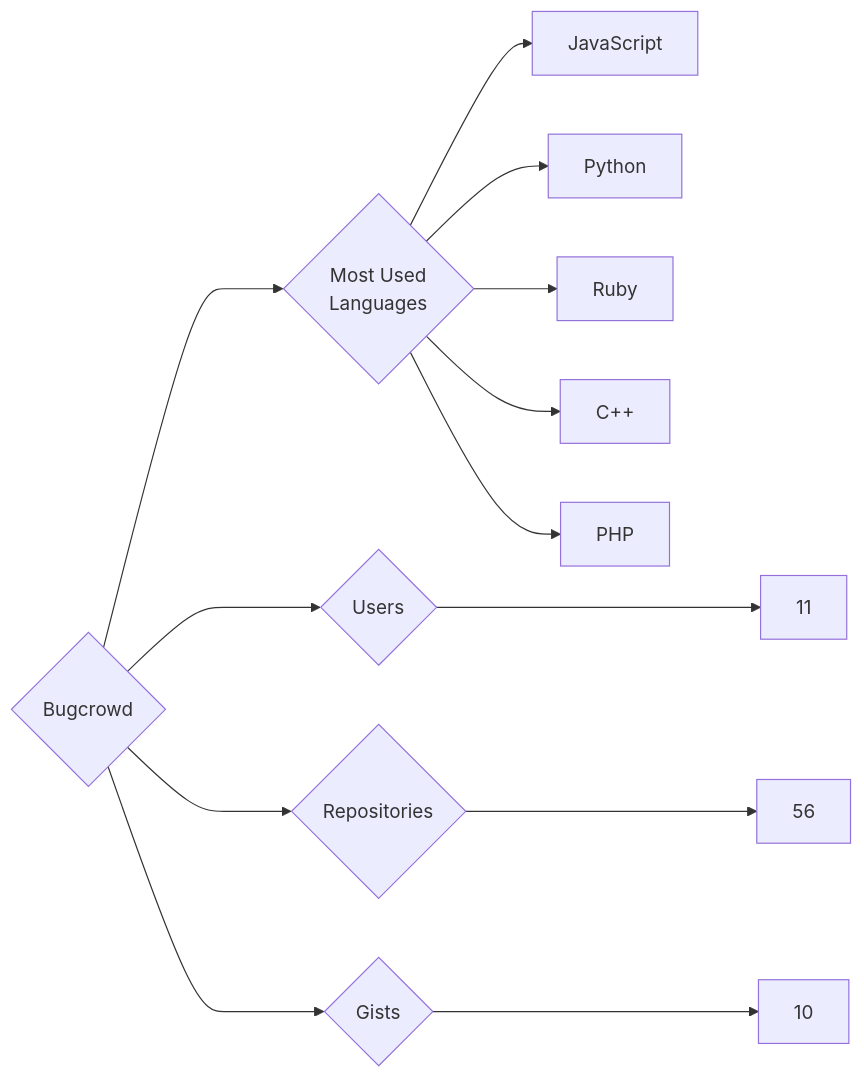
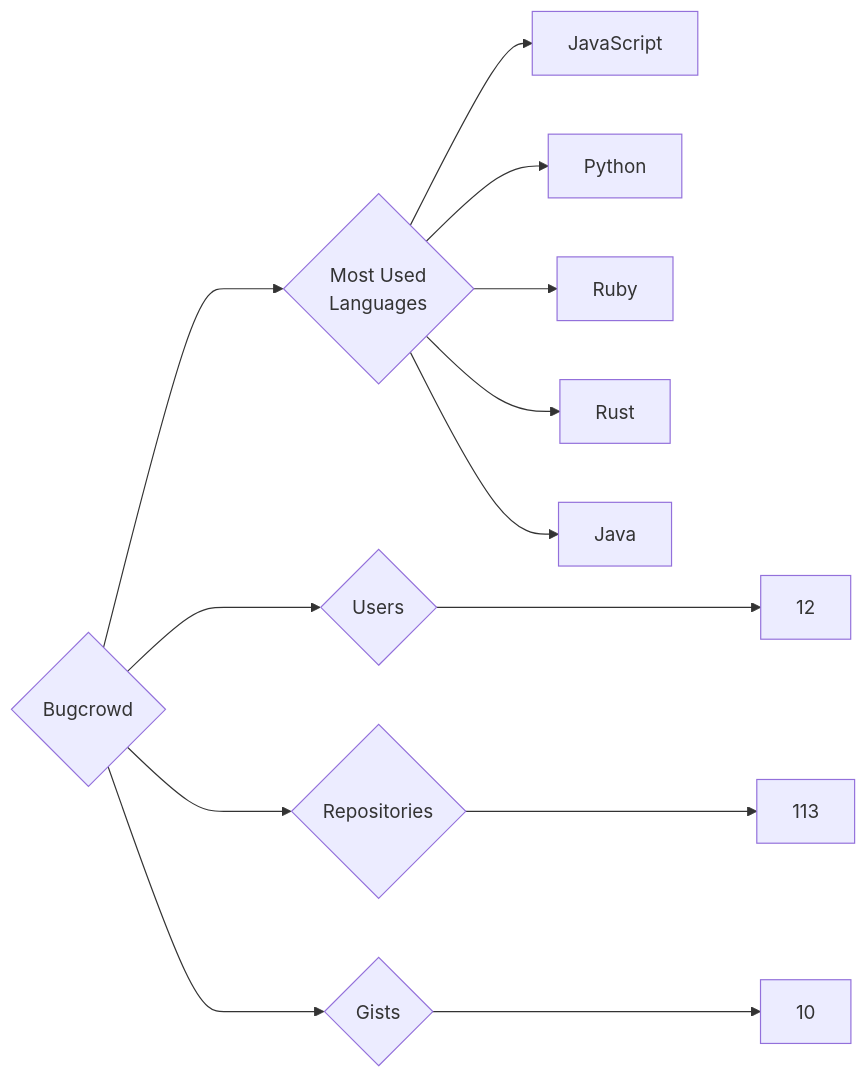
The diagram in targets/Bugcrowd/README.md (trickest/insiders), drawn with Mermaid before and after one commit. The commit also changed 1120 other files, not shown here.

````diff
--- a/targets/Bugcrowd/README.md
+++ b/targets/Bugcrowd/README.md
@@ -3,13 +3,13 @@
 ```mermaid
 graph LR
 COMPANY_NAME{Bugcrowd}
-COMPANY_NAME ---> U{Users} ---> UN[11]
-COMPANY_NAME ---> R{Repositories} ---> RN[56]
+COMPANY_NAME ---> U{Users} ---> UN[12]
+COMPANY_NAME ---> R{Repositories} ---> RN[113]
 COMPANY_NAME ---> G{Gists} ---> GN[10]
 COMPANY_NAME ---> ML{Most Used<br>Languages}
 ML --> JavaScript[JavaScript]
 ML --> Python[Python]
 ML --> Ruby[Ruby]
-ML --> C++[C++]
-ML --> PHP[PHP]
+ML --> Rust[Rust]
+ML --> Java[Java]
 ```
````
